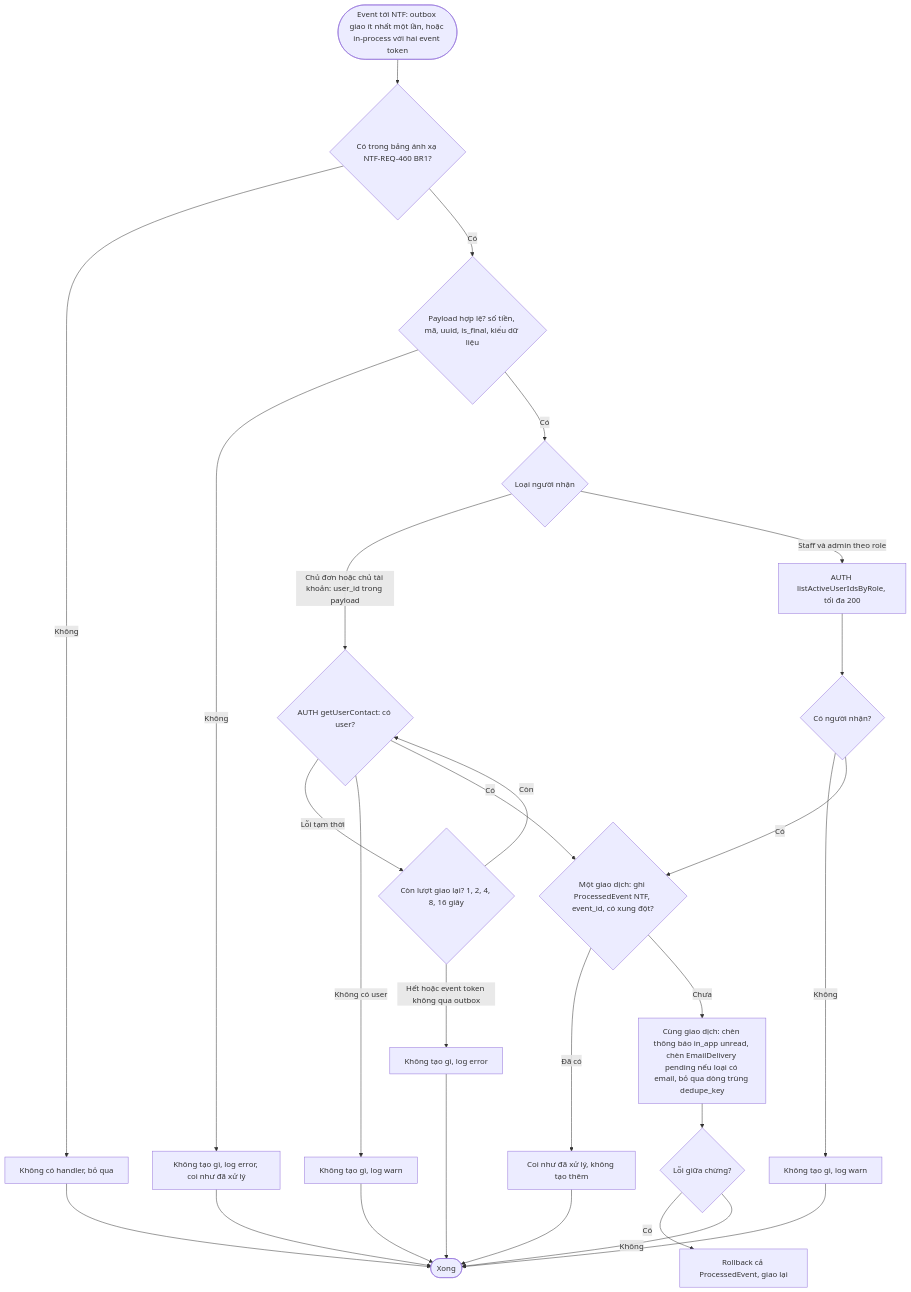
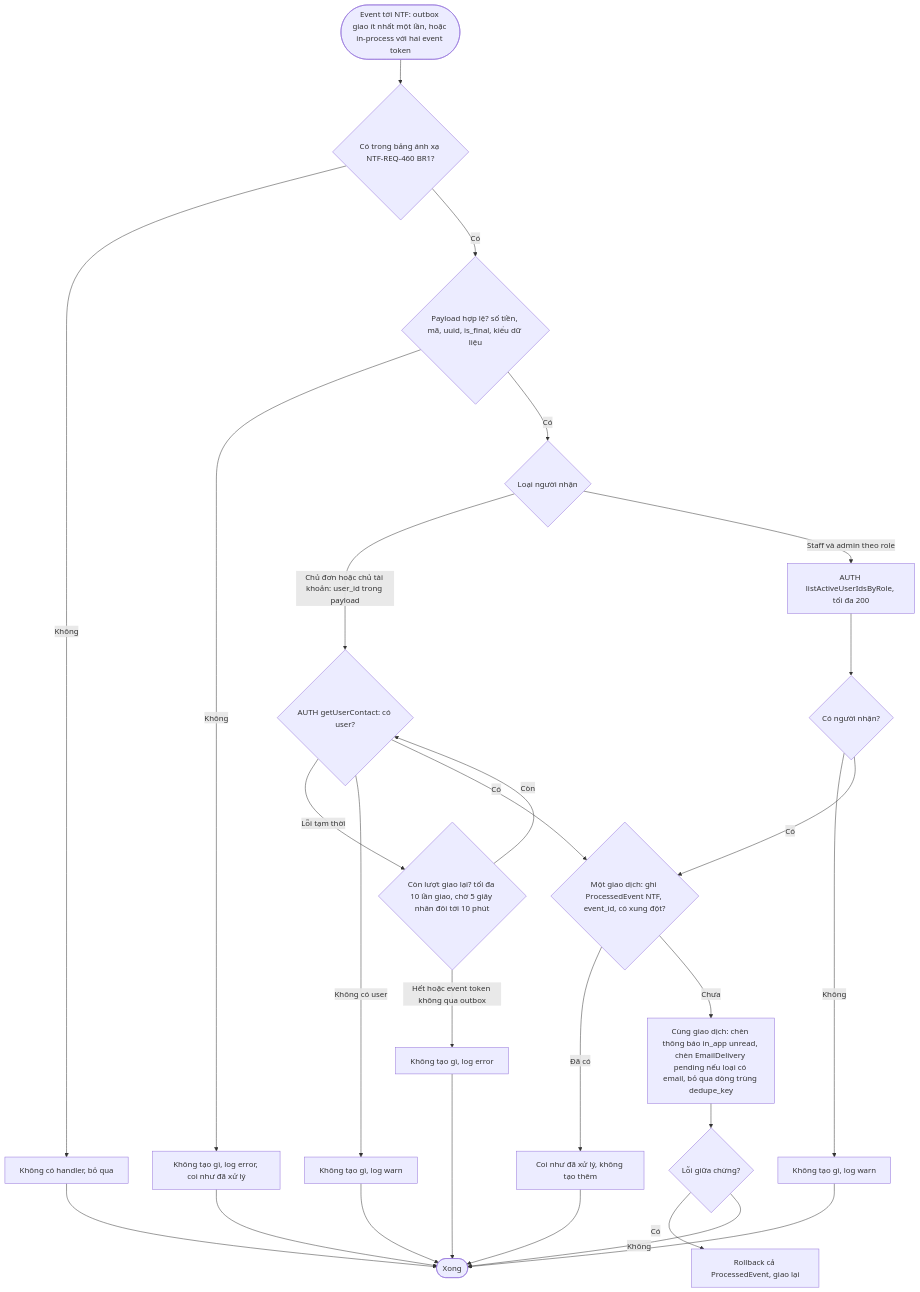
The first of 3 diagrams in spec/epics/NTF/flows/NTF-FLOW-20261006-103209435.md (bvminh-dev/Min-SDLC), drawn with Mermaid before and after one commit. The commit also changed other lines of this file and 1457 other files, not shown here.

````diff
--- a/spec/epics/NTF/flows/NTF-FLOW-20261006-103209435.md
+++ b/spec/epics/NTF/flows/NTF-FLOW-20261006-103209435.md
@@ -12,30 +12,30 @@
 ```mermaid
 flowchart TD
     A([Event tới NTF: outbox giao ít nhất một lần, hoặc in-process với hai event token]) --> B{Có trong bảng ánh xạ NTF-REQ-460 BR1?}
     B -- Không --> B1[Không có handler, bỏ qua]
     B -- Có --> C{Payload hợp lệ? số tiền, mã, uuid, is_final, kiểu dữ liệu}
     C -- Không --> C1[Không tạo gì, log error, coi như đã xử lý]
     C -- Có --> D{Loại người nhận}
     D -- Chủ đơn hoặc chủ tài khoản: user_id trong payload --> F{AUTH getUserContact: có user?}
-    F -- Lỗi tạm thời --> F2{Còn lượt giao lại? 1, 2, 4, 8, 16 giây}
+    F -- Lỗi tạm thời --> F2{Còn lượt giao lại? tối đa 10 lần giao, chờ 5 giây nhân đôi tới 10 phút}
     F2 -- Còn --> F
     F2 -- Hết hoặc event token không qua outbox --> F3[Không tạo gì, log error]
     F -- Không có user --> F1[Không tạo gì, log warn]
     F -- Có --> G
     D -- Staff và admin theo role --> D1[AUTH listActiveUserIdsByRole, tối đa 200]
     D1 --> D2{Có người nhận?}
     D2 -- Không --> D3[Không tạo gì, log warn]
     D2 -- Có --> G
     G{Một giao dịch: ghi ProcessedEvent NTF, event_id, có xung đột?}
     G -- Đã có --> G1[Coi như đã xử lý, không tạo thêm]
     G -- Chưa --> H[Cùng giao dịch: chèn thông báo in_app unread, chèn EmailDelivery pending nếu loại có email, bỏ qua dòng trùng dedupe_key]
     H --> I{Lỗi giữa chừng?}
     I -- Có --> I1[Rollback cả ProcessedEvent, giao lại]
     I -- Không --> Z([Xong])
     B1 --> Z
     C1 --> Z
     F1 --> Z
     F3 --> Z
     D3 --> Z
     G1 --> Z
 ```
````
